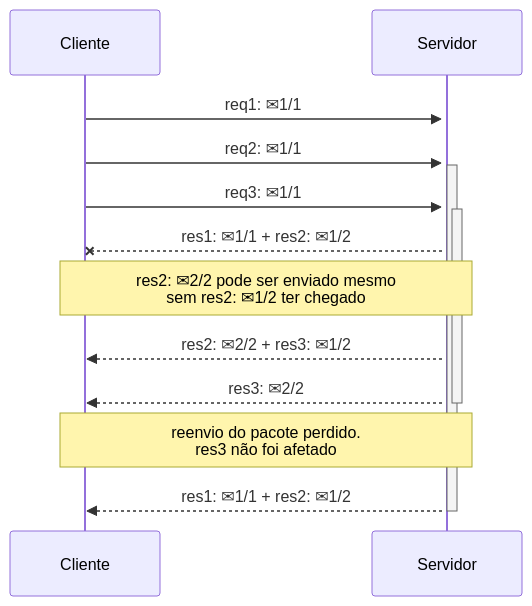
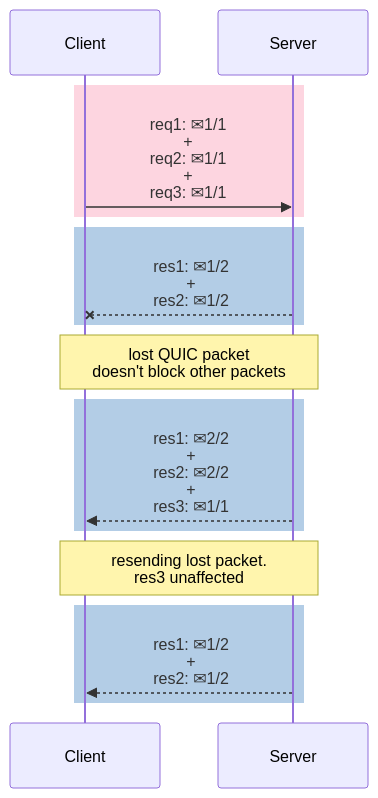
One commit to alexandrehtrb/alexandrehtrb.github.io changed the fourth of 4 diagrams in src/posts/2024/03/http2-e-http3-explicados.md. Above: the diagram before and after it, drawn with Mermaid. The commit also changed other lines of this file and 1 other file, not shown here.

Commit message:
article: colouring TCP packets in diagrams

````diff
--- a/src/posts/2024/03/http2-e-http3-explicados.md
+++ b/src/posts/2024/03/http2-e-http3-explicados.md
@@ -166,12 +178,17 @@
 ```mermaid
 sequenceDiagram
-    Cliente->>+Servidor: req1: #9993;1/1
-    Cliente->>+Servidor: req2: #9993;1/1
-    Cliente->>+Servidor: req3: #9993;1/1
-    Servidor--xCliente: res1: #9993;1/1 + res2: #9993;1/2
-    Note over Cliente,Servidor: res2: #9993;2/2 pode ser enviado mesmo <br> sem res2: #9993;1/2 ter chegado
-    Servidor-->>Cliente: res2: #9993;2/2 + res3: #9993;1/2
-    Servidor-->>-Cliente: res3: #9993;2/2
-    Note over Cliente,Servidor: reenvio do pacote perdido. <br> res3 não foi afetado
-    Servidor-->>-Cliente: res1: #9993;1/1 + res2: #9993;1/2
+    rect rgb(253, 213, 224)
+        Client->>Server: req1: #9993;1/1<br>+<br>req2: #9993;1/1<br>+<br>req3: #9993;1/1
+    end
+    rect rgb(179, 205, 230)
+        Server--xClient: res1: #9993;1/2<br>+<br>res2: #9993;1/2
+    end
+    Note over Client,Server: lost QUIC packet<br>doesn't block other packets
+    rect rgb(179, 205, 230)
+        Server-->>Client: res1: #9993;2/2<br>+<br>res2: #9993;2/2<br>+<br>res3: #9993;1/1
+    end
+    Note over Client,Server: resending lost packet.<br>res3 unaffected
+    rect rgb(179, 205, 230)
+        Server-->>Client: res1: #9993;1/2<br>+<br>res2: #9993;1/2
+    end
 ```
````
